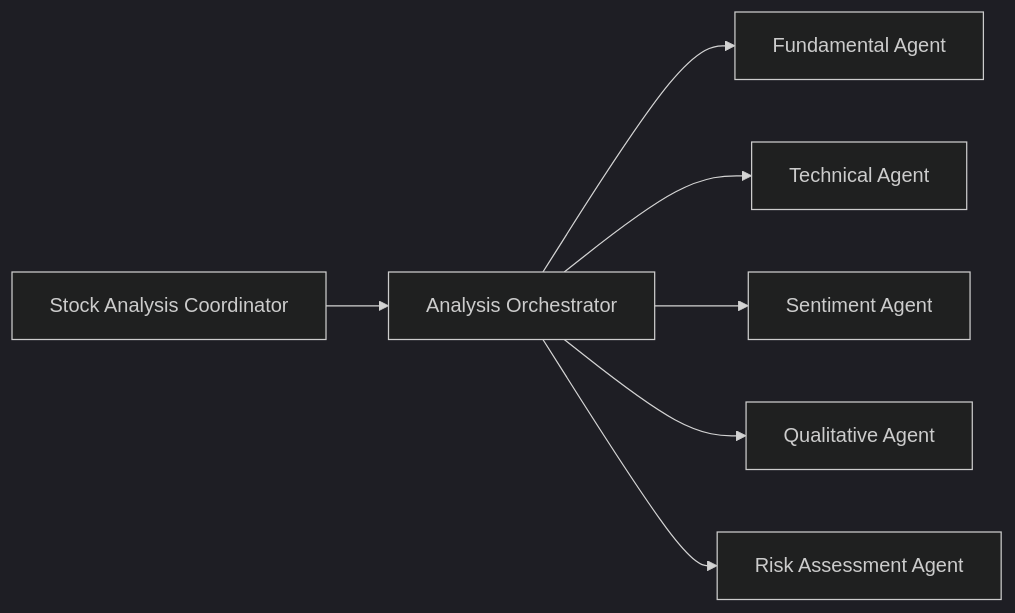
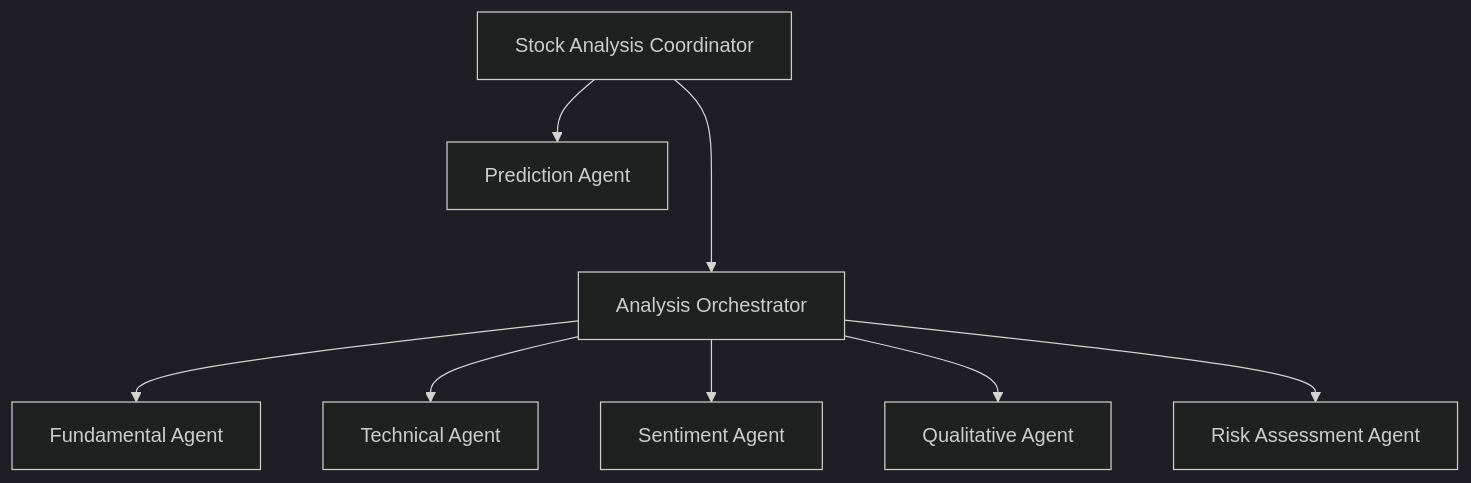
Before and after one commit to jayVisaria/genai-agent-hub: the diagram in stock-analysis-agent/README.md, drawn with Mermaid (dark theme). The commit also changed other lines of this file and 12 other files, not shown here.

Commit message:
Added Prediction Agent for institutional-grade stock predictions

````diff
--- a/stock-analysis-agent/README.md
+++ b/stock-analysis-agent/README.md
@@ -31,10 +32,11 @@
 ```mermaid
-graph LR
-    A[Stock Analysis Coordinator] --> B[Analysis Orchestrator]
+graph TD
+    A[Stock Analysis Coordinator] ---> B[Analysis Orchestrator]
+    A --> H[Prediction Agent]
     
     B --> C[Fundamental Agent]
     B --> D[Technical Agent]
     B --> E[Sentiment Agent]
     B --> F[Qualitative Agent]
     B --> G[Risk Assessment Agent]
 ```
````
